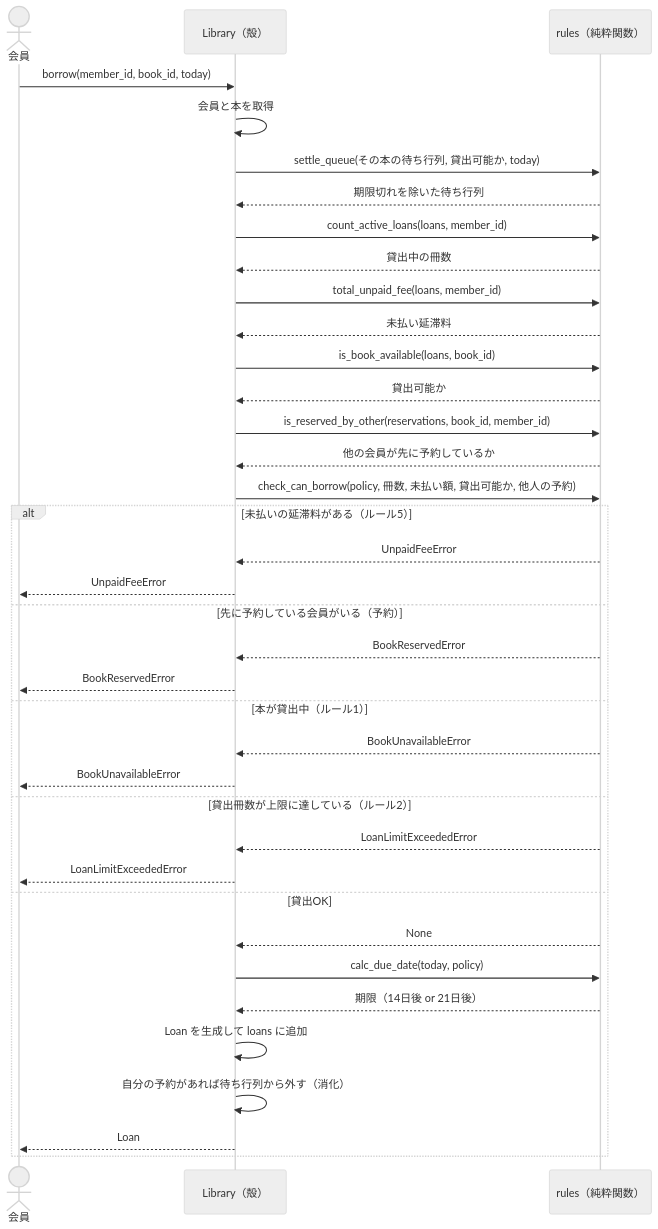
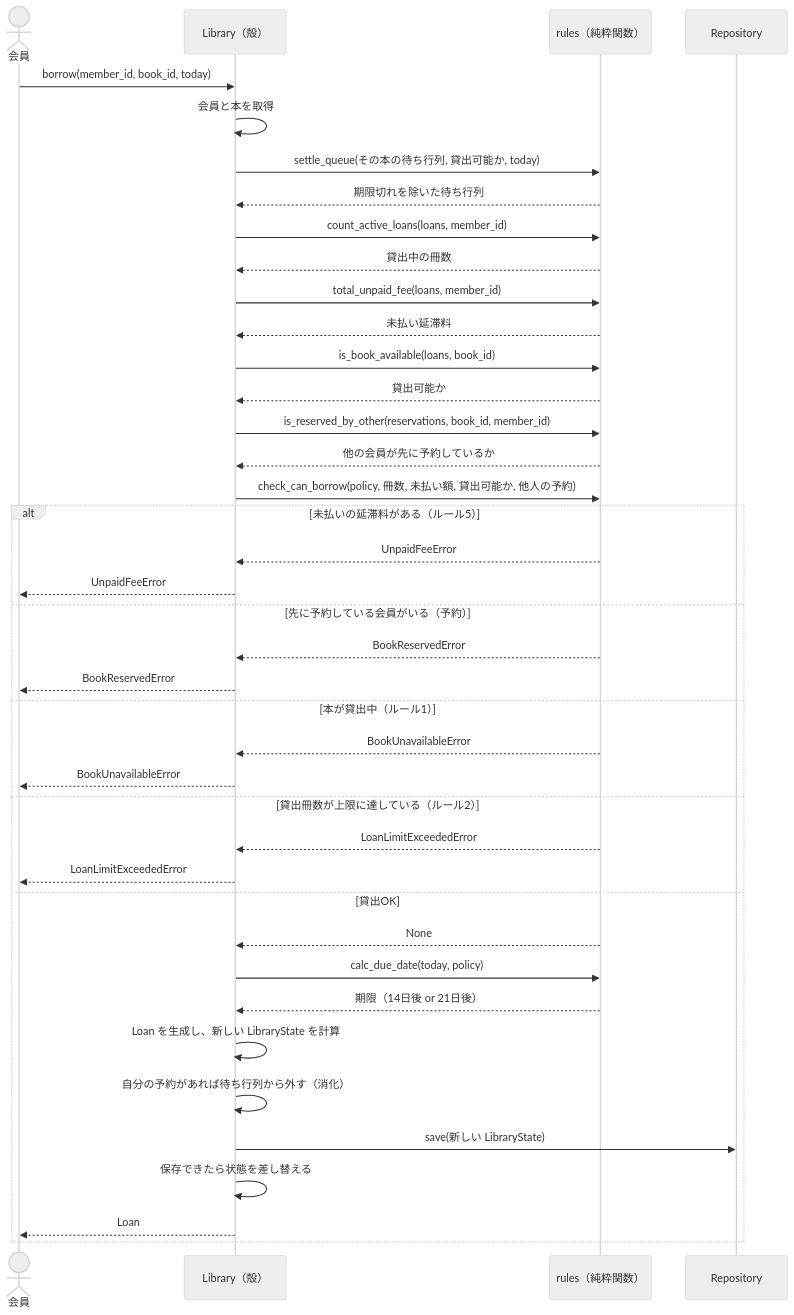
The sixth of 9 diagrams in 04_mini_library_system/DESIGN.md (satoru-o/oop-learning-sandbox), drawn with Mermaid (neutral theme) before and after one commit. The commit also changed other lines of this file and 16 other files, not shown here.

````diff
--- a/04_mini_library_system/DESIGN.md
+++ b/04_mini_library_system/DESIGN.md
@@ -281,41 +328,44 @@
 ```mermaid
 sequenceDiagram
     actor 会員
     participant Lib as Library（殻）
     participant R as rules（純粋関数）
+    participant Repo as Repository
 
     会員->>Lib: borrow(member_id, book_id, today)
     Lib->>Lib: 会員と本を取得
     Lib->>R: settle_queue(その本の待ち行列, 貸出可能か, today)
     R-->>Lib: 期限切れを除いた待ち行列
     Lib->>R: count_active_loans(loans, member_id)
     R-->>Lib: 貸出中の冊数
     Lib->>R: total_unpaid_fee(loans, member_id)
     R-->>Lib: 未払い延滞料
     Lib->>R: is_book_available(loans, book_id)
     R-->>Lib: 貸出可能か
     Lib->>R: is_reserved_by_other(reservations, book_id, member_id)
     R-->>Lib: 他の会員が先に予約しているか
 
     Lib->>R: check_can_borrow(policy, 冊数, 未払い額, 貸出可能か, 他人の予約)
     alt 未払いの延滞料がある（ルール5）
         R-->>Lib: UnpaidFeeError
         Lib-->>会員: UnpaidFeeError
     else 先に予約している会員がいる（予約）
         R-->>Lib: BookReservedError
         Lib-->>会員: BookReservedError
     else 本が貸出中（ルール1）
         R-->>Lib: BookUnavailableError
         Lib-->>会員: BookUnavailableError
     else 貸出冊数が上限に達している（ルール2）
         R-->>Lib: LoanLimitExceededError
         Lib-->>会員: LoanLimitExceededError
     else 貸出OK
         R-->>Lib: None
         Lib->>R: calc_due_date(today, policy)
         R-->>Lib: 期限（14日後 or 21日後）
-        Lib->>Lib: Loan を生成して loans に追加
+        Lib->>Lib: Loan を生成し、新しい LibraryState を計算
         Lib->>Lib: 自分の予約があれば待ち行列から外す（消化）
+        Lib->>Repo: save(新しい LibraryState)
+        Lib->>Lib: 保存できたら状態を差し替える
         Lib-->>会員: Loan
     end
 ```
````
